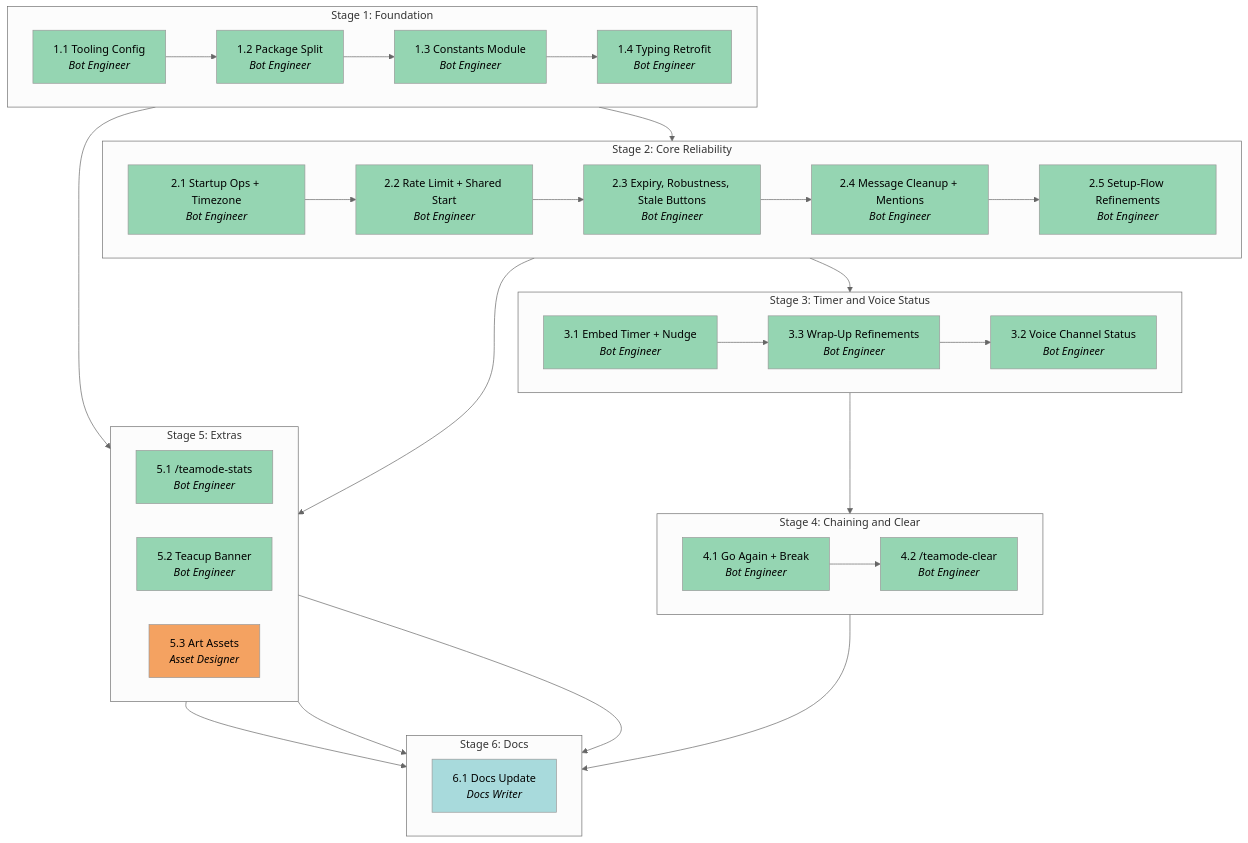
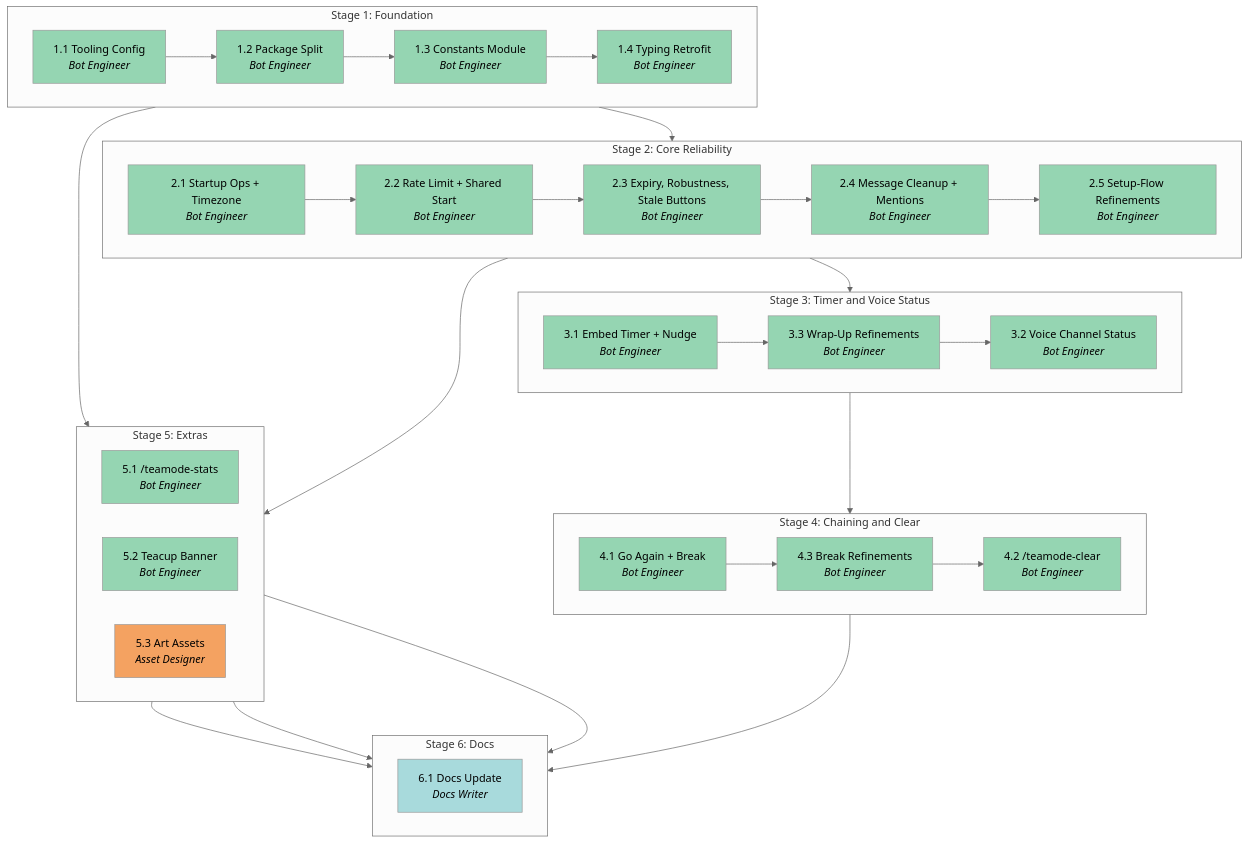
The diagram in .apm/plan.md (jonathan-fang/teamode), drawn with Mermaid (neutral theme) before and after one commit. The commit also changed other lines of this file and 8 other files, not shown here.

````diff
--- a/.apm/plan.md
+++ b/.apm/plan.md
@@ -29,70 +29,72 @@
 ```mermaid
 graph TB
 
 subgraph S1["Stage 1: Foundation"]
   direction LR
   T1_1["1.1 Tooling Config<br/><i>Bot Engineer</i>"] --> T1_2["1.2 Package Split<br/><i>Bot Engineer</i>"]
   T1_2 --> T1_3["1.3 Constants Module<br/><i>Bot Engineer</i>"]
   T1_3 --> T1_4["1.4 Typing Retrofit<br/><i>Bot Engineer</i>"]
 end
 
 subgraph S2["Stage 2: Core Reliability"]
   direction LR
   T2_1["2.1 Startup Ops + Timezone<br/><i>Bot Engineer</i>"] --> T2_2["2.2 Rate Limit + Shared Start<br/><i>Bot Engineer</i>"]
   T2_2 --> T2_3["2.3 Expiry, Robustness, Stale Buttons<br/><i>Bot Engineer</i>"]
   T2_3 --> T2_4["2.4 Message Cleanup + Mentions<br/><i>Bot Engineer</i>"]
   T2_4 --> T2_5["2.5 Setup-Flow Refinements<br/><i>Bot Engineer</i>"]
 end
 
 subgraph S3["Stage 3: Timer and Voice Status"]
   direction LR
   T3_1["3.1 Embed Timer + Nudge<br/><i>Bot Engineer</i>"] --> T3_3["3.3 Wrap-Up Refinements<br/><i>Bot Engineer</i>"]
   T3_3 --> T3_2["3.2 Voice Channel Status<br/><i>Bot Engineer</i>"]
 end
 
 subgraph S4["Stage 4: Chaining and Clear"]
   direction LR
-  T4_1["4.1 Go Again + Break<br/><i>Bot Engineer</i>"] --> T4_2["4.2 /teamode-clear<br/><i>Bot Engineer</i>"]
+  T4_1["4.1 Go Again + Break<br/><i>Bot Engineer</i>"] --> T4_3["4.3 Break Refinements<br/><i>Bot Engineer</i>"]
+  T4_3 --> T4_2["4.2 /teamode-clear<br/><i>Bot Engineer</i>"]
 end
 
 subgraph S5["Stage 5: Extras"]
   direction LR
   T5_1["5.1 /teamode-stats<br/><i>Bot Engineer</i>"]
   T5_2["5.2 Teacup Banner<br/><i>Bot Engineer</i>"]
   T5_3["5.3 Art Assets<br/><i>Asset Designer</i>"]
 end
 
 subgraph S6["Stage 6: Docs"]
   direction LR
   T6_1["6.1 Docs Update<br/><i>Docs Writer</i>"]
 end
 
 T1_4 --> T2_1
 T2_5 --> T3_1
 T3_2 --> T4_1
 T2_1 --> T5_1
 T1_3 --> T5_2
 T4_2 --> T6_1
 T5_1 --> T6_1
 T5_2 --> T6_1
 T5_3 --> T6_1
 
 style T1_1 fill:#95d5b2,color:#000
 style T1_2 fill:#95d5b2,color:#000
 style T1_3 fill:#95d5b2,color:#000
 style T1_4 fill:#95d5b2,color:#000
 style T2_1 fill:#95d5b2,color:#000
 style T2_2 fill:#95d5b2,color:#000
 style T2_3 fill:#95d5b2,color:#000
 style T2_4 fill:#95d5b2,color:#000
 style T2_5 fill:#95d5b2,color:#000
 style T3_1 fill:#95d5b2,color:#000
 style T3_2 fill:#95d5b2,color:#000
 style T3_3 fill:#95d5b2,color:#000
 style T4_1 fill:#95d5b2,color:#000
 style T4_2 fill:#95d5b2,color:#000
+style T4_3 fill:#95d5b2,color:#000
 style T5_1 fill:#95d5b2,color:#000
 style T5_2 fill:#95d5b2,color:#000
 style T5_3 fill:#f4a261,color:#000
 style T6_1 fill:#a8dadc,color:#000
 ```
````
